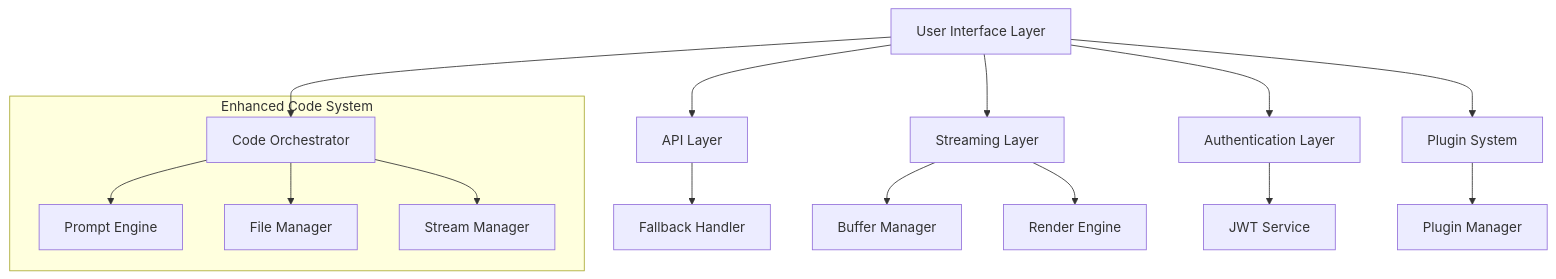
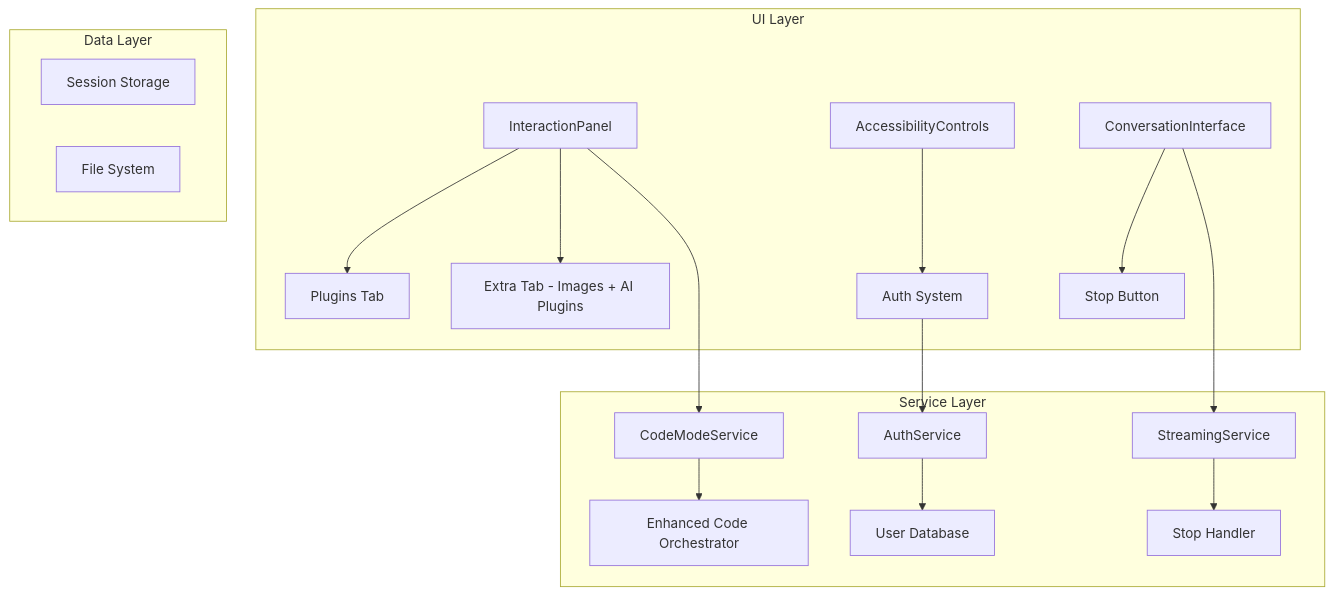
One commit to quazfenton/binG changed the diagram in .kiro/specs/application-stability-improvements/design.md. Above: the diagram before and after it, drawn with Mermaid. The commit also changed other lines of this file and 34 other files, not shown here.

````diff
--- a/.kiro/specs/application-stability-improvements/design.md
+++ b/.kiro/specs/application-stability-improvements/design.md
@@ -11,25 +13,25 @@
 ```mermaid
 graph TB
-    UI[User Interface Layer] --> API[API Layer]
-    UI --> Stream[Streaming Layer]
-    UI --> Auth[Authentication Layer]
-    UI --> Plugin[Plugin System]
-    
-    API --> Fallback[Fallback Handler]
-    Stream --> Buffer[Buffer Manager]
-    Stream --> Render[Render Engine]
-    Auth --> JWT[JWT Service]
-    Plugin --> Manager[Plugin Manager]
-    
-    subgraph "Enhanced Code System"
-        Orchestrator[Code Orchestrator]
-        PromptEngine[Prompt Engine]
-        FileManager[File Manager]
-        StreamManager[Stream Manager]
+    subgraph "UI Layer"
+        A[InteractionPanel] --> B[Plugins Tab]
+        A --> C[Extra Tab - Images + AI Plugins]
+        D[AccessibilityControls] --> E[Auth System]
+        F[ConversationInterface] --> G[Stop Button]
     end
     
-    UI --> Orchestrator
-    Orchestrator --> PromptEngine
-    Orchestrator --> FileManager
-    Orchestrator --> StreamManager
+    subgraph "Service Layer"
+        H[AuthService] --> I[Database]
+        J[CodeModeService] --> K[Enhanced Code Orchestrator]
+        L[StreamingService] --> M[Stop Handler]
+    end
+    
+    subgraph "Data Layer"
+        I[User Database]
+        N[Session Storage]
+        O[File System]
+    end
+    
+    A --> J
+    F --> L
+    E --> H
 ```
````
